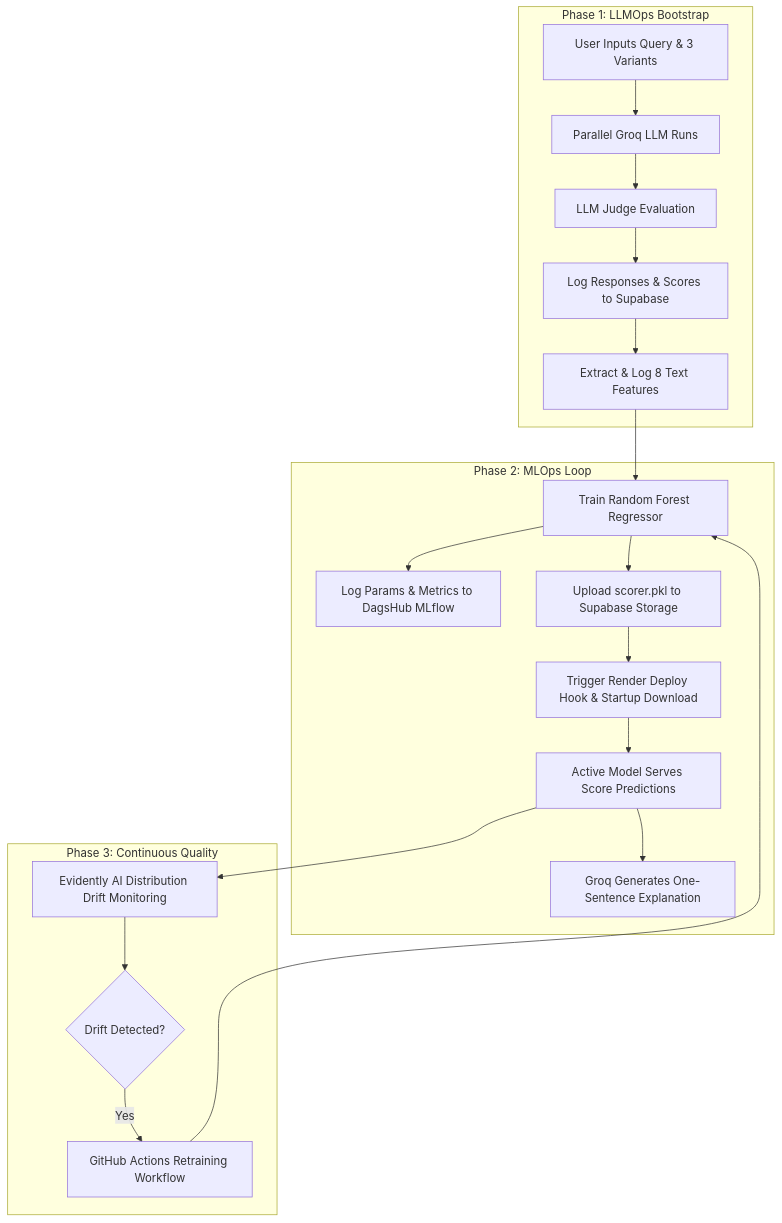
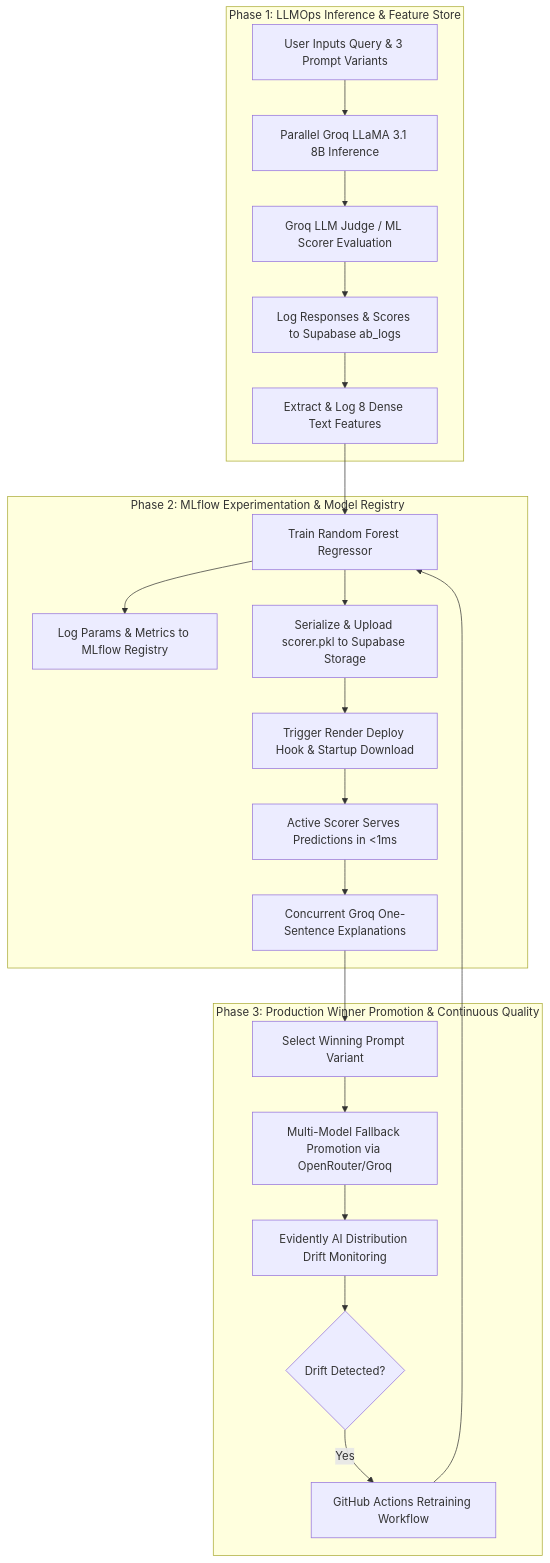
One commit to Vijajraj/Prompt-A-B-testing changed the first of 3 diagrams in README.md. Above: the diagram before and after it, drawn with Mermaid. The commit also changed other lines of this file, not shown here.

Commit message:
Update README.md with MLflow Report UI architecture, multi-model promotion fallbacks, Render RAM optimizations, and cold-start resilience

````diff
--- a/README.md
+++ b/README.md
@@ -5,25 +5,27 @@
 ```mermaid
 graph TD
-    subgraph Phase 1: LLMOps Bootstrap
-        Input[User Inputs Query & 3 Variants] --> Parallel[Parallel Groq LLM Runs]
-        Parallel --> Judge[LLM Judge Evaluation]
-        Judge --> SaveDB[Log Responses & Scores to Supabase]
-        SaveDB --> FeatureStore[Extract & Log 8 Text Features]
+    subgraph Phase 1: LLMOps Inference & Feature Store
+        Input[User Inputs Query & 3 Prompt Variants] --> Parallel[Parallel Groq LLaMA 3.1 8B Inference]
+        Parallel --> Judge[Groq LLM Judge / ML Scorer Evaluation]
+        Judge --> SaveDB[Log Responses & Scores to Supabase ab_logs]
+        SaveDB --> FeatureStore[Extract & Log 8 Dense Text Features]
     end
 
-    subgraph Phase 2: MLOps Loop
+    subgraph Phase 2: MLflow Experimentation & Model Registry
         FeatureStore --> TrainScript[Train Random Forest Regressor]
-        TrainScript --> MLflow[Log Params & Metrics to DagsHub MLflow]
-        TrainScript --> UploadModel[Upload scorer.pkl to Supabase Storage]
+        TrainScript --> MLflow[Log Params & Metrics to MLflow Registry]
+        TrainScript --> UploadModel[Serialize & Upload scorer.pkl to Supabase Storage]
         UploadModel --> ServerReload[Trigger Render Deploy Hook & Startup Download]
-        ServerReload --> MLScorer[Active Model Serves Score Predictions]
-        MLScorer --> Explain[Groq Generates One-Sentence Explanation]
+        ServerReload --> MLScorer[Active Scorer Serves Predictions in <1ms]
+        MLScorer --> ConcurrentExplain[Concurrent Groq One-Sentence Explanations]
     end
 
-    subgraph Phase 3: Continuous Quality
-        MLScorer --> Monitor[Evidently AI Distribution Drift Monitoring]
+    subgraph Phase 3: Production Winner Promotion & Continuous Quality
+        ConcurrentExplain --> SelectWinner[Select Winning Prompt Variant]
+        SelectWinner --> MultiModelPromote[Multi-Model Fallback Promotion via OpenRouter/Groq]
+        MultiModelPromote --> Monitor[Evidently AI Distribution Drift Monitoring]
         Monitor --> TriggerRetrain{Drift Detected?}
         TriggerRetrain -- Yes --> RetrainAction[GitHub Actions Retraining Workflow]
         RetrainAction --> TrainScript
     end
 ```
````
